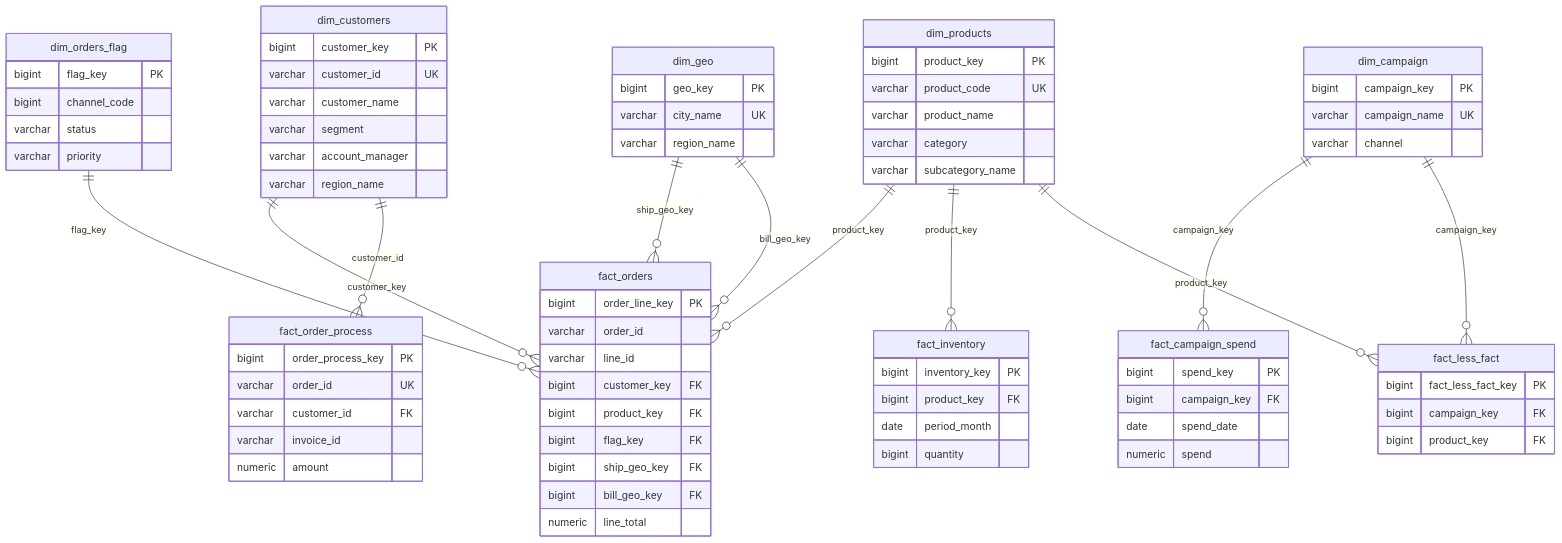
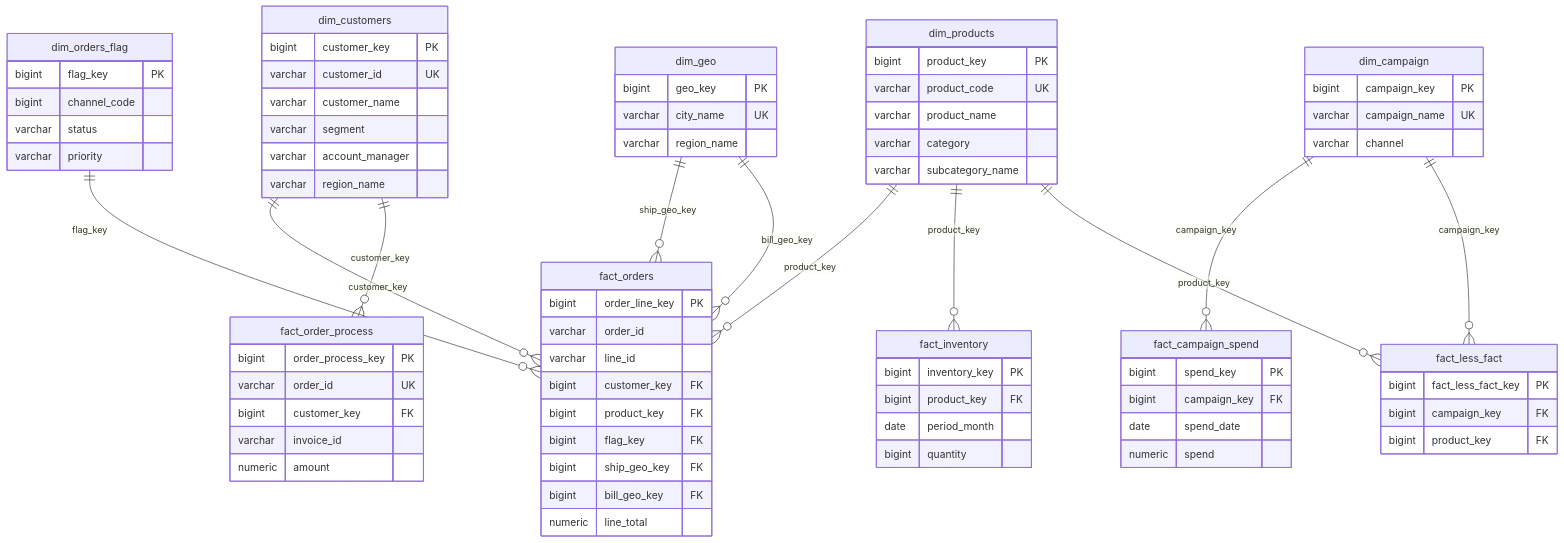
The diagram in docs/Schema.md (Nitinx12/Data-Modelling), drawn with Mermaid before and after one commit. The commit also changed other lines of this file and 3 other files, not shown here.

First line of the commit message:
docs(schema,erd,agents): sync key strategy, 2025 coverage, and script paths

````diff
--- a/docs/Schema.md
+++ b/docs/Schema.md
@@ -32,80 +32,80 @@
 ```mermaid
 erDiagram
     dim_customers {
         bigint customer_key PK
         varchar customer_id UK
         varchar customer_name
         varchar segment
         varchar account_manager
         varchar region_name
     }
     dim_products {
         bigint product_key PK
         varchar product_code UK
         varchar product_name
         varchar category
         varchar subcategory_name
     }
     dim_geo {
         bigint geo_key PK
         varchar city_name UK
         varchar region_name
     }
     dim_campaign {
         bigint campaign_key PK
         varchar campaign_name UK
         varchar channel
     }
     dim_orders_flag {
         bigint flag_key PK
         bigint channel_code
         varchar status
         varchar priority
     }
     fact_orders {
         bigint order_line_key PK
         varchar order_id
         varchar line_id
         bigint customer_key FK
         bigint product_key FK
         bigint flag_key FK
         bigint ship_geo_key FK
         bigint bill_geo_key FK
         numeric line_total
     }
     fact_order_process {
         bigint order_process_key PK
         varchar order_id UK
-        varchar customer_id FK
+        bigint customer_key FK
         varchar invoice_id
         numeric amount
     }
     fact_inventory {
         bigint inventory_key PK
         bigint product_key FK
         date period_month
         bigint quantity
     }
     fact_campaign_spend {
         bigint spend_key PK
         bigint campaign_key FK
         date spend_date
         numeric spend
     }
     fact_less_fact {
         bigint fact_less_fact_key PK
         bigint campaign_key FK
         bigint product_key FK
     }
 
     dim_customers   ||--o{ fact_orders         : customer_key
     dim_products    ||--o{ fact_orders         : product_key
     dim_orders_flag ||--o{ fact_orders         : flag_key
     dim_geo         ||--o{ fact_orders         : ship_geo_key
     dim_geo         ||--o{ fact_orders         : bill_geo_key
-    dim_customers   ||--o{ fact_order_process  : customer_id
+    dim_customers   ||--o{ fact_order_process  : customer_key
     dim_products    ||--o{ fact_inventory      : product_key
     dim_campaign    ||--o{ fact_campaign_spend : campaign_key
     dim_campaign    ||--o{ fact_less_fact      : campaign_key
     dim_products    ||--o{ fact_less_fact      : product_key
 ```
````
